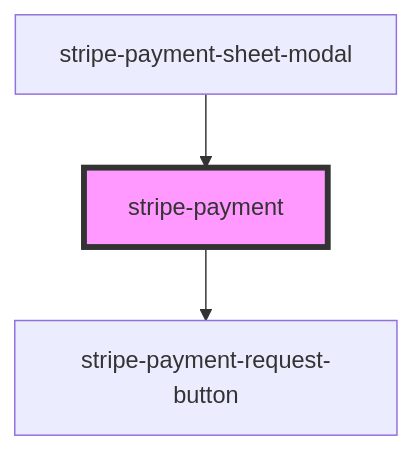
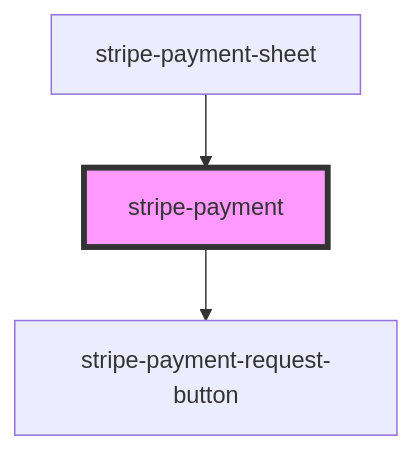
One commit to wpkyoto/stripe-pwa-elements changed the diagram in src/components/stripe-payment-sheet/readme.md. Above: the diagram before and after it, drawn with Mermaid. The commit also changed other lines of this file and 7 other files, not shown here.

Commit message:
breaking-change: rename from stripe-payment-sheet-modal to stripe-payment-sheet

````diff
--- a/src/components/stripe-payment-sheet/readme.md
+++ b/src/components/stripe-payment-sheet/readme.md
@@ -83,6 +83,6 @@
 ```mermaid
 graph TD;
   stripe-payment --> stripe-payment-request-button
-  stripe-payment-sheet-modal --> stripe-payment
+  stripe-payment-sheet --> stripe-payment
   style stripe-payment fill:#f9f,stroke:#333,stroke-width:4px
 ```
````
